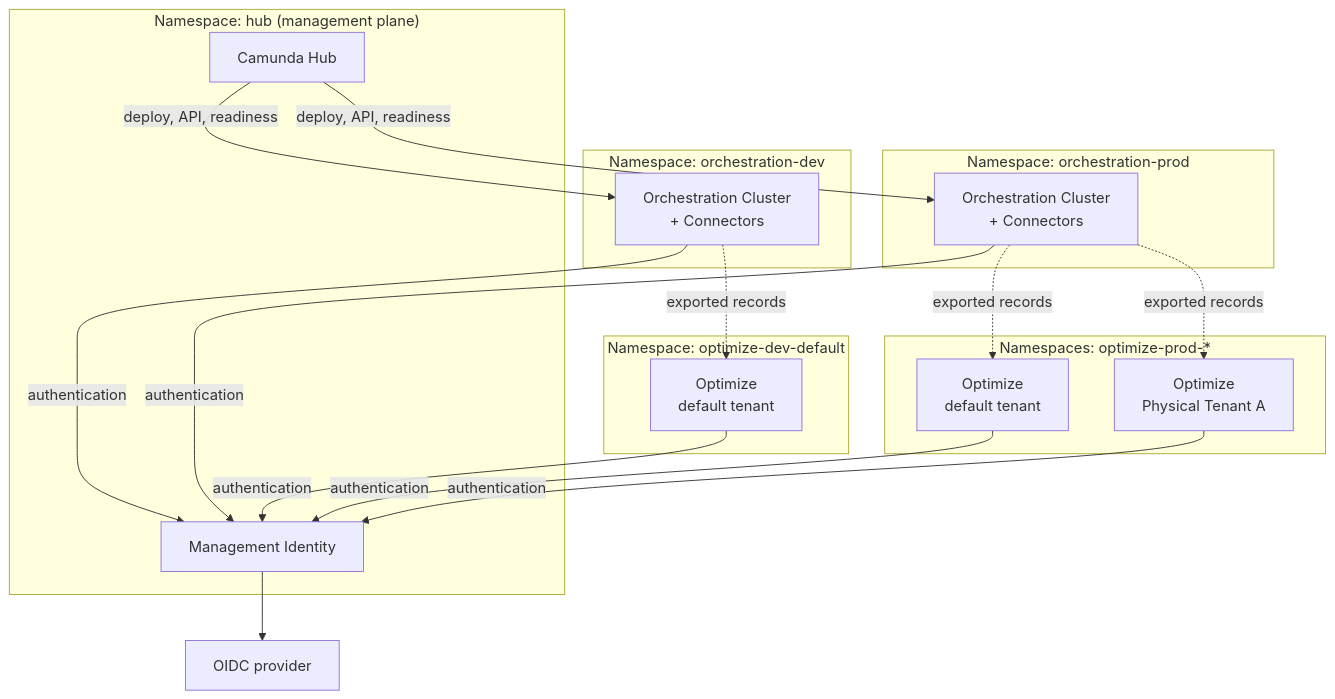
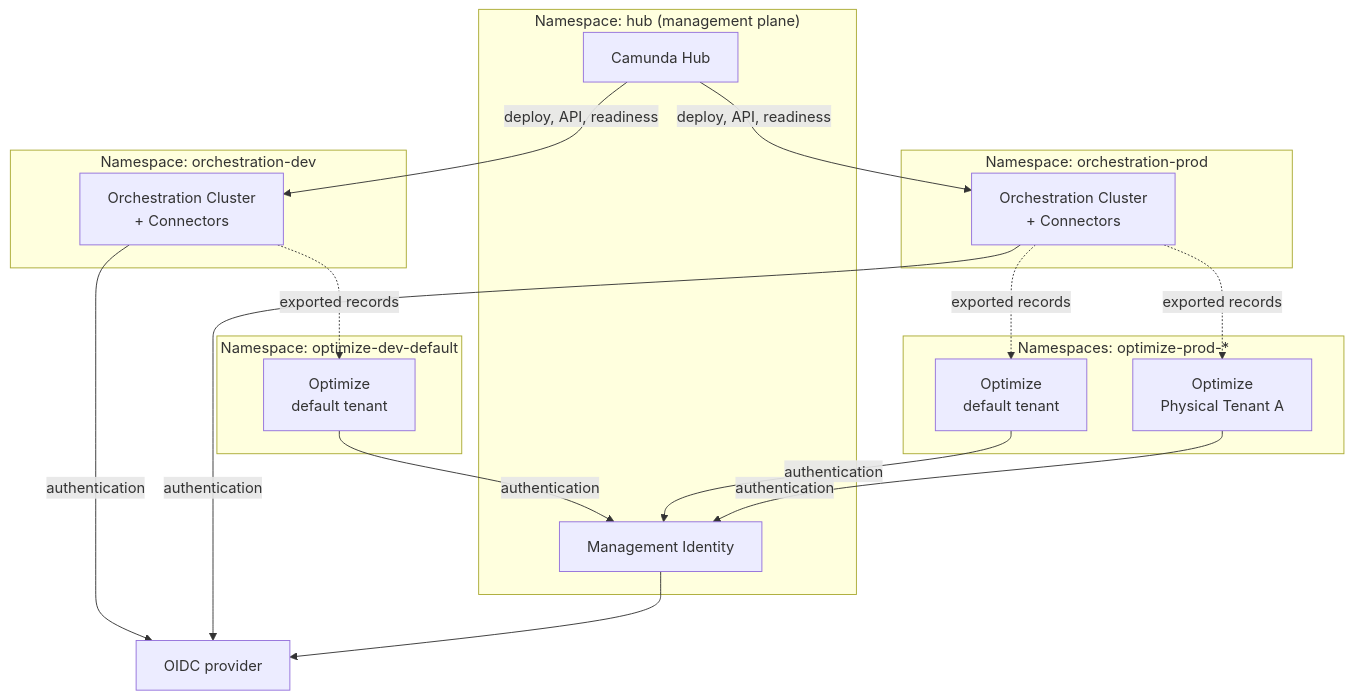
The diagram in docs/self-managed/reference-architecture/kubernetes.md (camunda/camunda-docs), drawn with Mermaid before and after one commit. The commit also changed other lines of this file and 1 other file, not shown here.

Commit message:
docs(reference-architecture): show Orchestration Cluster auth via the OIDC provider

````diff
--- a/docs/self-managed/reference-architecture/kubernetes.md
+++ b/docs/self-managed/reference-architecture/kubernetes.md
@@ -125,33 +125,33 @@
 ```mermaid
 graph TD
     subgraph hub["Namespace: hub (management plane)"]
         CH["Camunda Hub"]
         MI["Management Identity"]
     end
     subgraph ocdev["Namespace: orchestration-dev"]
         OCD["Orchestration Cluster<br/>+ Connectors"]
     end
     subgraph ocprod["Namespace: orchestration-prod"]
         OCP["Orchestration Cluster<br/>+ Connectors"]
     end
     subgraph optdev["Namespace: optimize-dev-default"]
         OD["Optimize<br/>default tenant"]
     end
     subgraph optprod["Namespaces: optimize-prod-*"]
         OP1["Optimize<br/>default tenant"]
         OP2["Optimize<br/>Physical Tenant A"]
     end
     IdP["OIDC provider"]
 
     CH -- "deploy, API, readiness" --> OCD
     CH -- "deploy, API, readiness" --> OCP
     OCD -. "exported records" .-> OD
     OCP -. "exported records" .-> OP1
     OCP -. "exported records" .-> OP2
-    OCD -- "authentication" --> MI
-    OCP -- "authentication" --> MI
+    OCD -- "authentication" --> IdP
+    OCP -- "authentication" --> IdP
     OD -- "authentication" --> MI
     OP1 -- "authentication" --> MI
     OP2 -- "authentication" --> MI
     MI --> IdP
 ```
````
